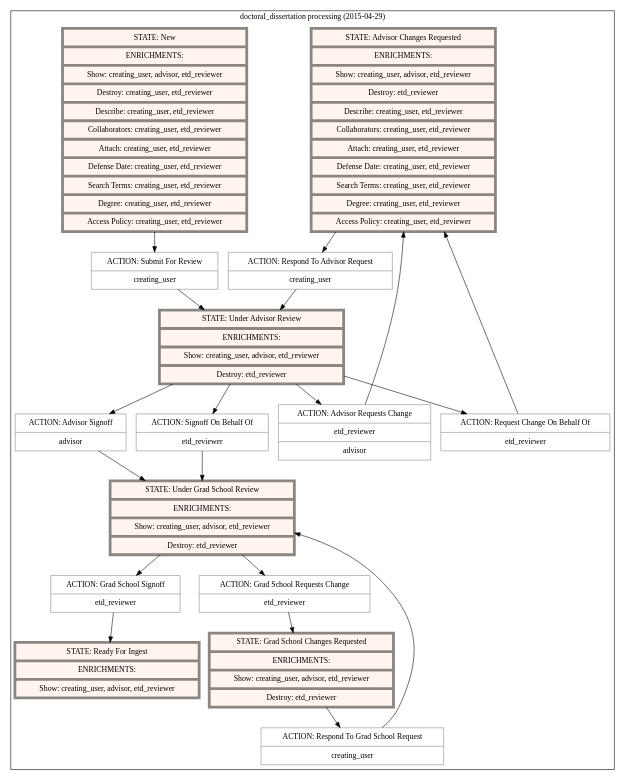
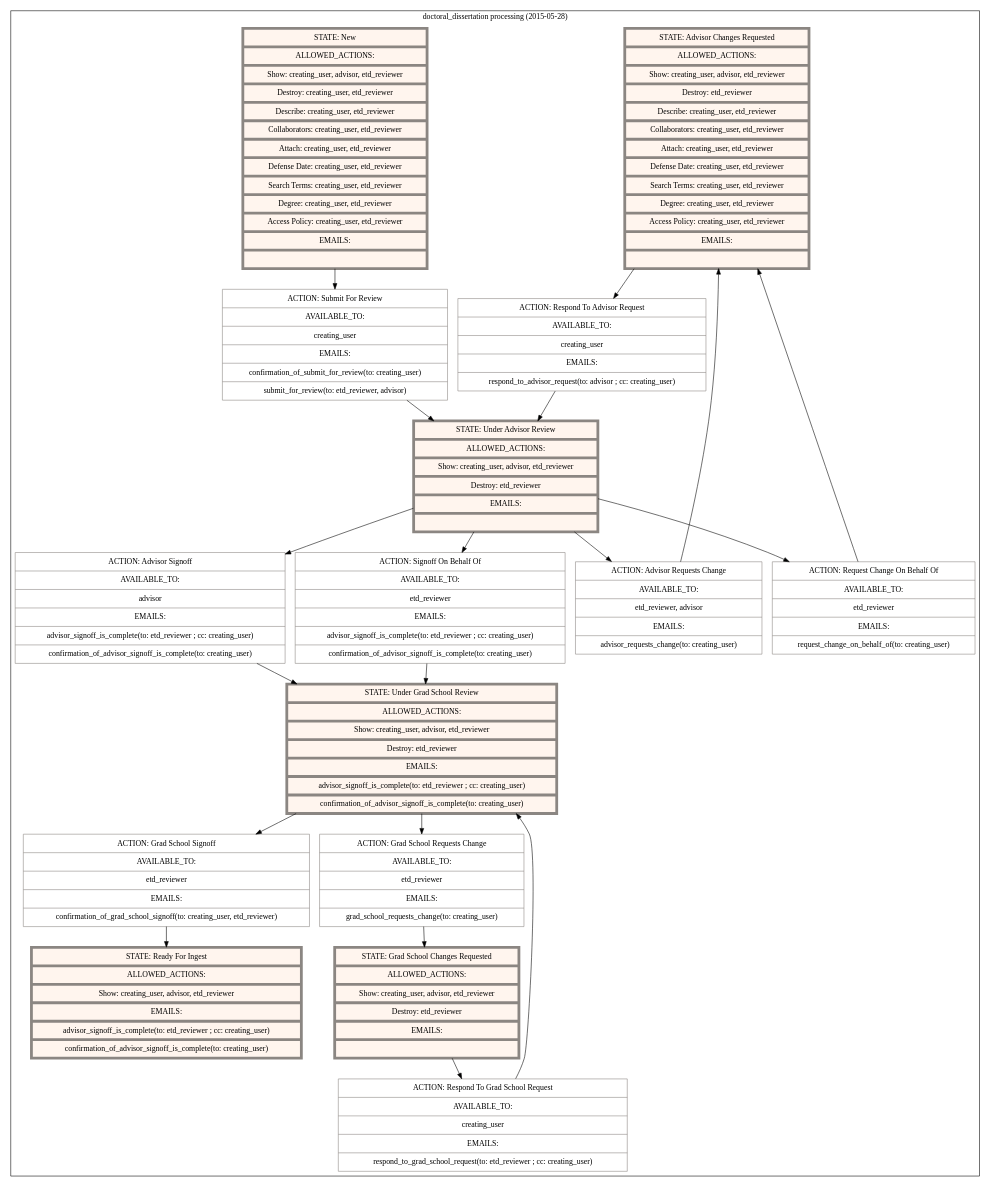
Before and after one commit to scholarworks/sipity: the diagram in artifacts/state_machines/doctoral-dissertation-processing.dot, drawn with Graphviz. The commit also changed 4 other files, not shown here.

Commit message:
Updating diagrams to include emails

```diff
--- a/artifacts/state_machines/doctoral-dissertation-processing.dot
+++ b/artifacts/state_machines/doctoral-dissertation-processing.dot
@@ -1,49 +1,49 @@
 digraph "G" {
   compound=true;
   node[color="grey15" margin="0.15, 0.125"];
   subgraph cluster_0 {
-    label="doctoral_dissertation processing (2015-04-29)"
+    label="doctoral_dissertation processing (2015-05-28)"
     node[style=filled fillcolor=white color="seashell4"]
     subgraph 0 {
       label="States";
       node[shape="record" fillcolor="seashell1" penwidth=5]
-      state_advisor_changes_requested [label="{ STATE: Advisor Changes Requested | ENRICHMENTS: | Show: creating_user, advisor, etd_reviewer | Destroy: etd_reviewer | Describe: creating_user, etd_reviewer | Collaborators: creating_user, etd_reviewer | Attach: creating_user, etd_reviewer | Defense Date: creating_user, etd_reviewer | Search Terms: creating_user, etd_reviewer | Degree: creating_user, etd_reviewer | Access Policy: creating_user, etd_reviewer }"]
-      state_grad_school_changes_requested [label="{ STATE: Grad School Changes Requested | ENRICHMENTS: | Show: creating_user, advisor, etd_reviewer | Destroy: etd_reviewer }"]
-      state_new [label="{ STATE: New | ENRICHMENTS: | Show: creating_user, advisor, etd_reviewer | Destroy: creating_user, etd_reviewer | Describe: creating_user, etd_reviewer | Collaborators: creating_user, etd_reviewer | Attach: creating_user, etd_reviewer | Defense Date: creating_user, etd_reviewer | Search Terms: creating_user, etd_reviewer | Degree: creating_user, etd_reviewer | Access Policy: creating_user, etd_reviewer }"]
-      state_ready_for_ingest [label="{ STATE: Ready For Ingest | ENRICHMENTS: | Show: creating_user, advisor, etd_reviewer }"]
-      state_under_advisor_review [label="{ STATE: Under Advisor Review | ENRICHMENTS: | Show: creating_user, advisor, etd_reviewer | Destroy: etd_reviewer }"]
-      state_under_grad_school_review [label="{ STATE: Under Grad School Review | ENRICHMENTS: | Show: creating_user, advisor, etd_reviewer | Destroy: etd_reviewer }"]
+      state_advisor_changes_requested [label="{ STATE: Advisor Changes Requested | ALLOWED_ACTIONS: | Show: creating_user, advisor, etd_reviewer | Destroy: etd_reviewer | Describe: creating_user, etd_reviewer | Collaborators: creating_user, etd_reviewer | Attach: creating_user, etd_reviewer | Defense Date: creating_user, etd_reviewer | Search Terms: creating_user, etd_reviewer | Degree: creating_user, etd_reviewer | Access Policy: creating_user, etd_reviewer | EMAILS: |  }"]
+      state_grad_school_changes_requested [label="{ STATE: Grad School Changes Requested | ALLOWED_ACTIONS: | Show: creating_user, advisor, etd_reviewer | Destroy: etd_reviewer | EMAILS: |  }"]
+      state_new [label="{ STATE: New | ALLOWED_ACTIONS: | Show: creating_user, advisor, etd_reviewer | Destroy: creating_user, etd_reviewer | Describe: creating_user, etd_reviewer | Collaborators: creating_user, etd_reviewer | Attach: creating_user, etd_reviewer | Defense Date: creating_user, etd_reviewer | Search Terms: creating_user, etd_reviewer | Degree: creating_user, etd_reviewer | Access Policy: creating_user, etd_reviewer | EMAILS: |  }"]
+      state_ready_for_ingest [label="{ STATE: Ready For Ingest | ALLOWED_ACTIONS: | Show: creating_user, advisor, etd_reviewer | EMAILS: | advisor_signoff_is_complete(to: etd_reviewer ; cc: creating_user) | confirmation_of_advisor_signoff_is_complete(to: creating_user) }"]
+      state_under_advisor_review [label="{ STATE: Under Advisor Review | ALLOWED_ACTIONS: | Show: creating_user, advisor, etd_reviewer | Destroy: etd_reviewer | EMAILS: |  }"]
+      state_under_grad_school_review [label="{ STATE: Under Grad School Review | ALLOWED_ACTIONS: | Show: creating_user, advisor, etd_reviewer | Destroy: etd_reviewer | EMAILS: | advisor_signoff_is_complete(to: etd_reviewer ; cc: creating_user) | confirmation_of_advisor_signoff_is_complete(to: creating_user) }"]
     }
     subgraph 1 {
       label="Actions"
       node[shape="record" shape=record penwidth=1]
-        action_submit_for_review [label="{ ACTION: Submit For Review | creating_user }"]
-        action_advisor_signoff [label="{ ACTION: Advisor Signoff | advisor }"]
-        action_signoff_on_behalf_of [label="{ ACTION: Signoff On Behalf Of | etd_reviewer }"]
-        action_respond_to_advisor_request [label="{ ACTION: Respond To Advisor Request | creating_user }"]
-        action_respond_to_grad_school_request [label="{ ACTION: Respond To Grad School Request | creating_user }"]
-        action_grad_school_signoff [label="{ ACTION: Grad School Signoff | etd_reviewer }"]
-        action_advisor_requests_change [label="{ ACTION: Advisor Requests Change | etd_reviewer | advisor }"]
-        action_grad_school_requests_change [label="{ ACTION: Grad School Requests Change | etd_reviewer }"]
-        action_request_change_on_behalf_of [label="{ ACTION: Request Change On Behalf Of | etd_reviewer }"]
+        action_submit_for_review [label="{ ACTION: Submit For Review | AVAILABLE_TO: | creating_user | EMAILS: | confirmation_of_submit_for_review(to: creating_user) | submit_for_review(to: etd_reviewer, advisor) }"]
+        action_advisor_signoff [label="{ ACTION: Advisor Signoff | AVAILABLE_TO: | advisor | EMAILS: | advisor_signoff_is_complete(to: etd_reviewer ; cc: creating_user) | confirmation_of_advisor_signoff_is_complete(to: creating_user) }"]
+        action_signoff_on_behalf_of [label="{ ACTION: Signoff On Behalf Of | AVAILABLE_TO: | etd_reviewer | EMAILS: | advisor_signoff_is_complete(to: etd_reviewer ; cc: creating_user) | confirmation_of_advisor_signoff_is_complete(to: creating_user) }"]
+        action_respond_to_advisor_request [label="{ ACTION: Respond To Advisor Request | AVAILABLE_TO: | creating_user | EMAILS: | respond_to_advisor_request(to: advisor ; cc: creating_user) }"]
+        action_respond_to_grad_school_request [label="{ ACTION: Respond To Grad School Request | AVAILABLE_TO: | creating_user | EMAILS: | respond_to_grad_school_request(to: etd_reviewer ; cc: creating_user) }"]
+        action_grad_school_signoff [label="{ ACTION: Grad School Signoff | AVAILABLE_TO: | etd_reviewer | EMAILS: | confirmation_of_grad_school_signoff(to: creating_user, etd_reviewer) }"]
+        action_advisor_requests_change [label="{ ACTION: Advisor Requests Change | AVAILABLE_TO: | etd_reviewer, advisor | EMAILS: | advisor_requests_change(to: creating_user) }"]
+        action_grad_school_requests_change [label="{ ACTION: Grad School Requests Change | AVAILABLE_TO: | etd_reviewer | EMAILS: | grad_school_requests_change(to: creating_user) }"]
+        action_request_change_on_behalf_of [label="{ ACTION: Request Change On Behalf Of | AVAILABLE_TO: | etd_reviewer | EMAILS: | request_change_on_behalf_of(to: creating_user) }"]
     }
       state_advisor_changes_requested -> action_respond_to_advisor_request
       action_respond_to_advisor_request -> state_under_advisor_review
       state_grad_school_changes_requested -> action_respond_to_grad_school_request
       action_respond_to_grad_school_request -> state_under_grad_school_review
       state_new -> action_submit_for_review
       action_submit_for_review -> state_under_advisor_review
       state_under_advisor_review -> action_advisor_signoff
       action_advisor_signoff -> state_under_grad_school_review
       state_under_advisor_review -> action_signoff_on_behalf_of
       action_signoff_on_behalf_of -> state_under_grad_school_review
       state_under_advisor_review -> action_advisor_requests_change
       action_advisor_requests_change -> state_advisor_changes_requested
       state_under_advisor_review -> action_request_change_on_behalf_of
       action_request_change_on_behalf_of -> state_advisor_changes_requested
       state_under_grad_school_review -> action_grad_school_requests_change
       action_grad_school_requests_change -> state_grad_school_changes_requested
       state_under_grad_school_review -> action_grad_school_signoff
       action_grad_school_signoff -> state_ready_for_ingest
   }
 }
```
